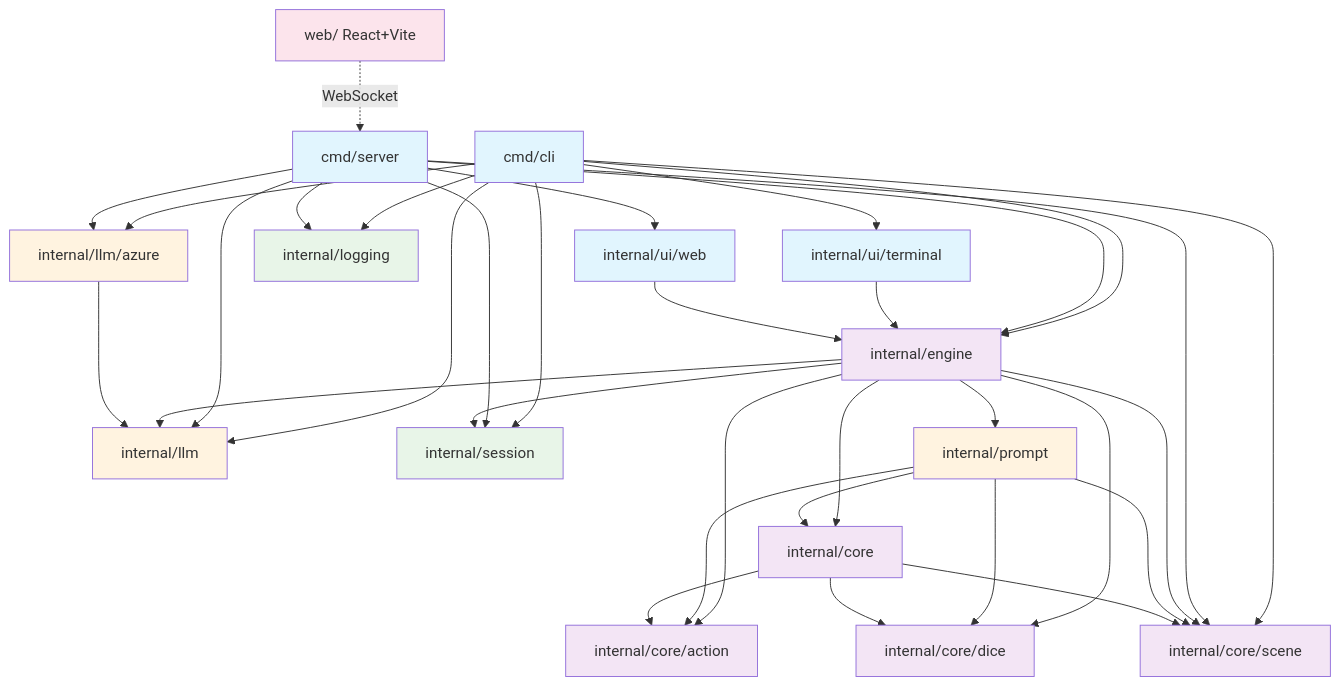
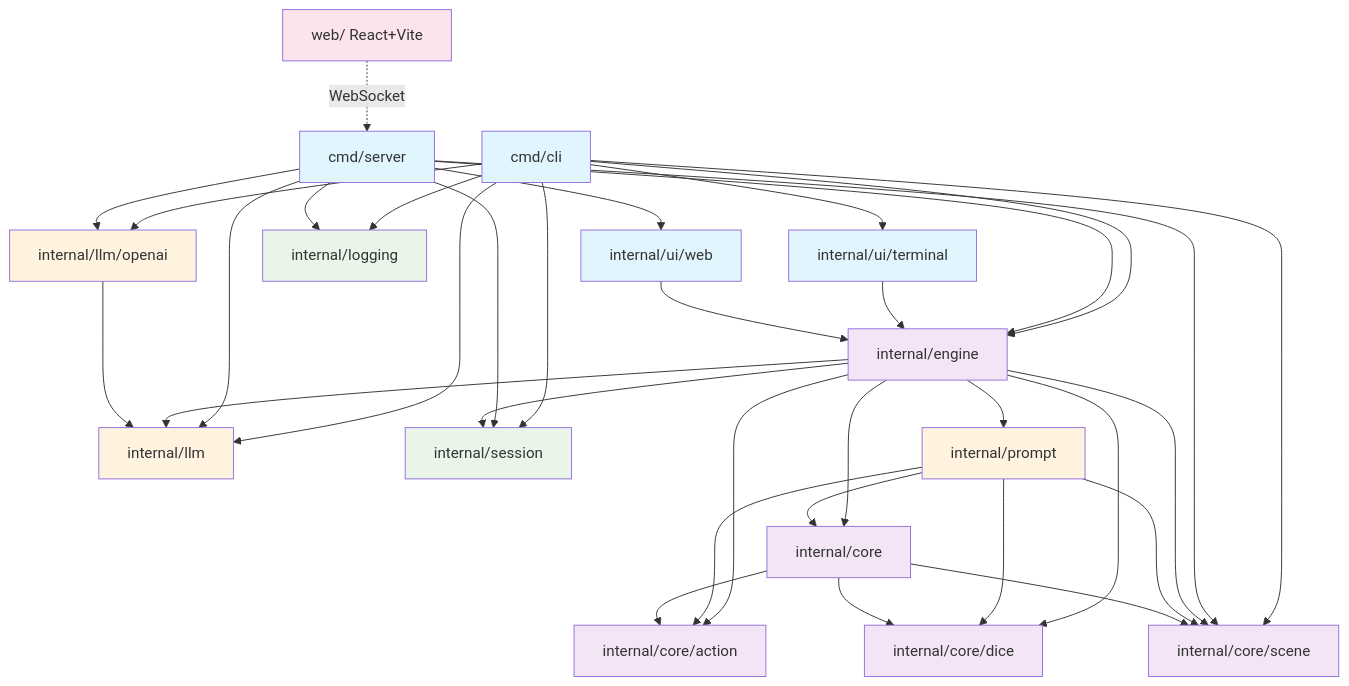
The diagram in docs/architecture.md (C-Ross/LlamaOfFate), drawn with Mermaid before and after one commit. The commit also changed 21 other files, not shown here.

First line of the commit message:
Rename internal/llm/azure to internal/llm/openai

````diff
--- a/docs/architecture.md
+++ b/docs/architecture.md
@@ -5,66 +5,66 @@
 ```mermaid
 graph TB
     %% Entry Points
     CLI[cmd/cli] --> Engine[internal/engine]
     CLI --> TerminalUI[internal/ui/terminal]
     CLI --> LLM[internal/llm]
-    CLI --> Azure[internal/llm/azure]
+    CLI --> OpenAI[internal/llm/openai]
     CLI --> Logging[internal/logging]
     CLI --> Session[internal/session]
     CLI --> Scene[internal/core/scene]
 
     Server[cmd/server] --> Engine
     Server --> WebUI[internal/ui/web]
     Server --> LLM
-    Server --> Azure
+    Server --> OpenAI
     Server --> Logging
     Server --> Session
     Server --> Scene
 
     %% Web Frontend
     WebFrontend[web/ React+Vite] -.->|WebSocket| Server
 
     %% UI Dependencies
     TerminalUI --> Engine
     WebUI --> Engine
 
     %% Engine Dependencies
     Engine --> Prompt[internal/prompt]
     Engine --> LLM
     Engine --> Session
     Engine --> Core[internal/core]
     Engine --> Dice[internal/core/dice]
     Engine --> Action[internal/core/action]
     Engine --> Scene
 
     %% Prompt Dependencies
     Prompt --> Scene
     Prompt --> Core
     Prompt --> Action
     Prompt --> Dice
 
     %% LLM Implementations
-    Azure --> LLM
+    OpenAI --> LLM
 
     %% Core Package Internal Dependencies
     Core --> Dice
     Core --> Action
     Core --> Scene
 
     %% Leaf Packages (no internal deps)
 
     %% Styling
     classDef entryPoint fill:#e1f5fe
     classDef core fill:#f3e5f5
     classDef infrastructure fill:#fff3e0
     classDef external fill:#e8f5e8
 
     classDef frontend fill:#fce4ec
 
     class CLI,TerminalUI,Server,WebUI entryPoint
     class Engine,Core,Dice,Action,Scene core
     class Prompt infrastructure
-    class LLM,Azure infrastructure
+    class LLM,OpenAI infrastructure
     class Session,Logging external
     class WebFrontend frontend
 ```
````
